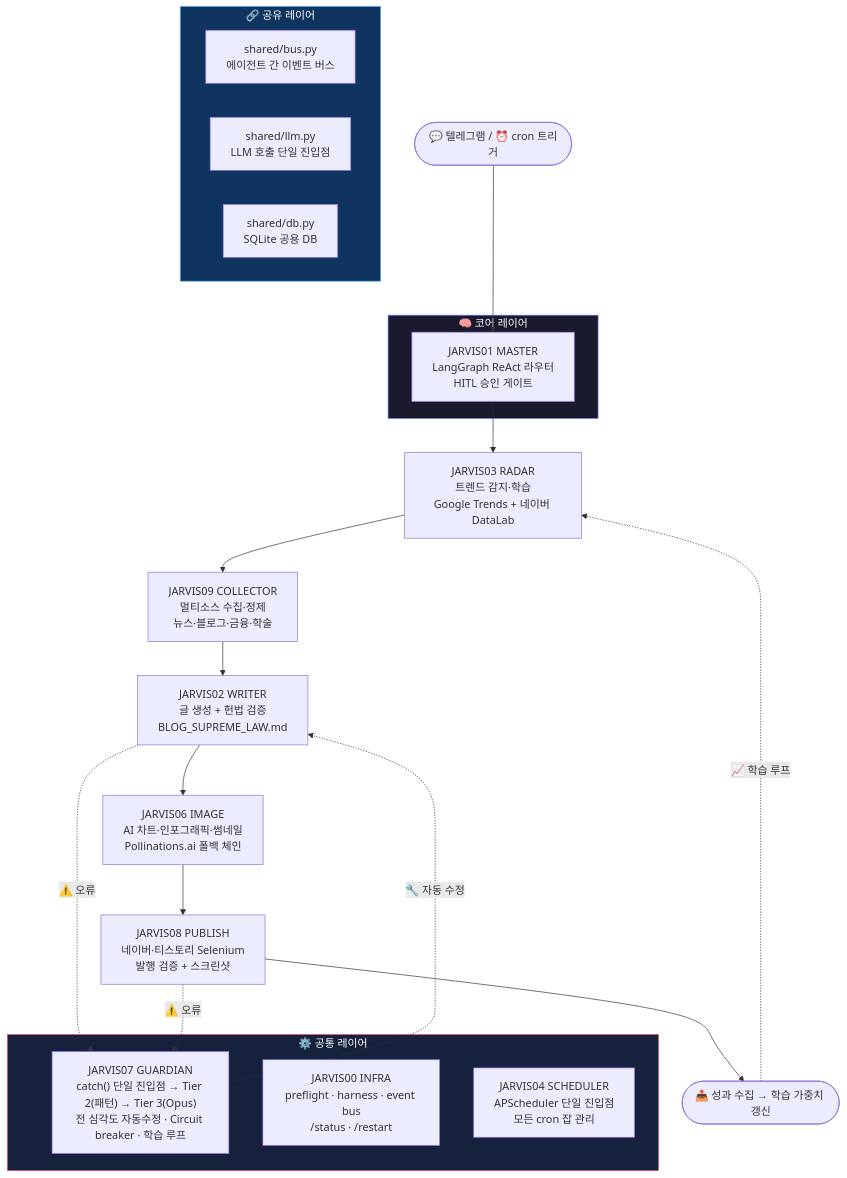
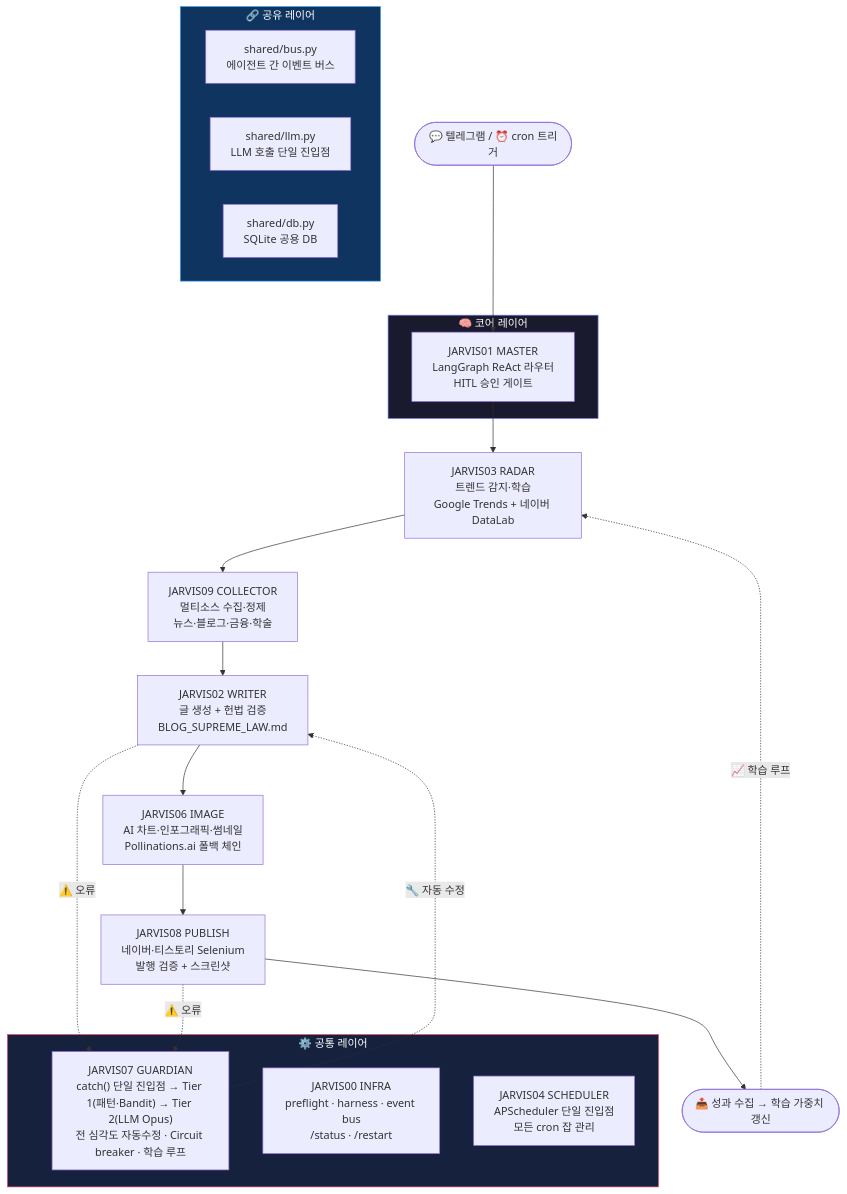
One commit to youandi3535/jarvis-agent changed the first of 3 diagrams in README.md. Above: the diagram before and after it, drawn with Mermaid. The commit also changed other lines of this file and 16 other files, not shown here.

First line of the commit message:
hj : 티어 아키텍처 단일 진실 소스 도입 — architecture.py + 전체 일관화

````diff
--- a/README.md
+++ b/README.md
@@ -53,36 +53,36 @@
 ```mermaid
 flowchart TD
     A(["💬 텔레그램 / ⏰ cron 트리거"]) --> B
 
     subgraph CORE["🧠 코어 레이어"]
         B["JARVIS01 MASTER\nLangGraph ReAct 라우터\nHITL 승인 게이트"]
     end
 
     B --> C["JARVIS03 RADAR\n트렌드 감지·학습\nGoogle Trends + 네이버 DataLab"]
     C --> D["JARVIS09 COLLECTOR\n멀티소스 수집·정제\n뉴스·블로그·금융·학술"]
     D --> E["JARVIS02 WRITER\n글 생성 + 헌법 검증\nBLOG_SUPREME_LAW.md"]
     E --> F["JARVIS06 IMAGE\nAI 차트·인포그래픽·썸네일\nPollinations.ai 폴백 체인"]
     F --> G["JARVIS08 PUBLISH\n네이버·티스토리 Selenium\n발행 검증 + 스크린샷"]
     G --> H(["📤 성과 수집 → 학습 가중치 갱신"])
     H -. "📈 학습 루프" .-> C
 
     subgraph COMMON["⚙️ 공통 레이어"]
-        I["JARVIS07 GUARDIAN\ncatch() 단일 진입점 → Tier 2(패턴) → Tier 3(Opus)\n전 심각도 자동수정 · Circuit breaker · 학습 루프"]
+        I["JARVIS07 GUARDIAN\ncatch() 단일 진입점 → Tier 1(패턴·Bandit) → Tier 2(LLM Opus)\n전 심각도 자동수정 · Circuit breaker · 학습 루프"]
         J["JARVIS00 INFRA\npreflight · harness · event bus\n/status · /restart"]
         K["JARVIS04 SCHEDULER\nAPScheduler 단일 진입점\n모든 cron 잡 관리"]
     end
 
     E -. "⚠️ 오류" .-> I
     G -. "⚠️ 오류" .-> I
     I -. "🔧 자동 수정" .-> E
 
     subgraph SHARED["🔗 공유 레이어"]
         L["shared/bus.py\n에이전트 간 이벤트 버스"]
         M["shared/llm.py\nLLM 호출 단일 진입점"]
         N["shared/db.py\nSQLite 공용 DB"]
     end
 
     style CORE fill:#1a1a2e,stroke:#7c83fd,color:#fff
     style COMMON fill:#16213e,stroke:#e94560,color:#fff
     style SHARED fill:#0f3460,stroke:#4dabf7,color:#fff
 ```
````
